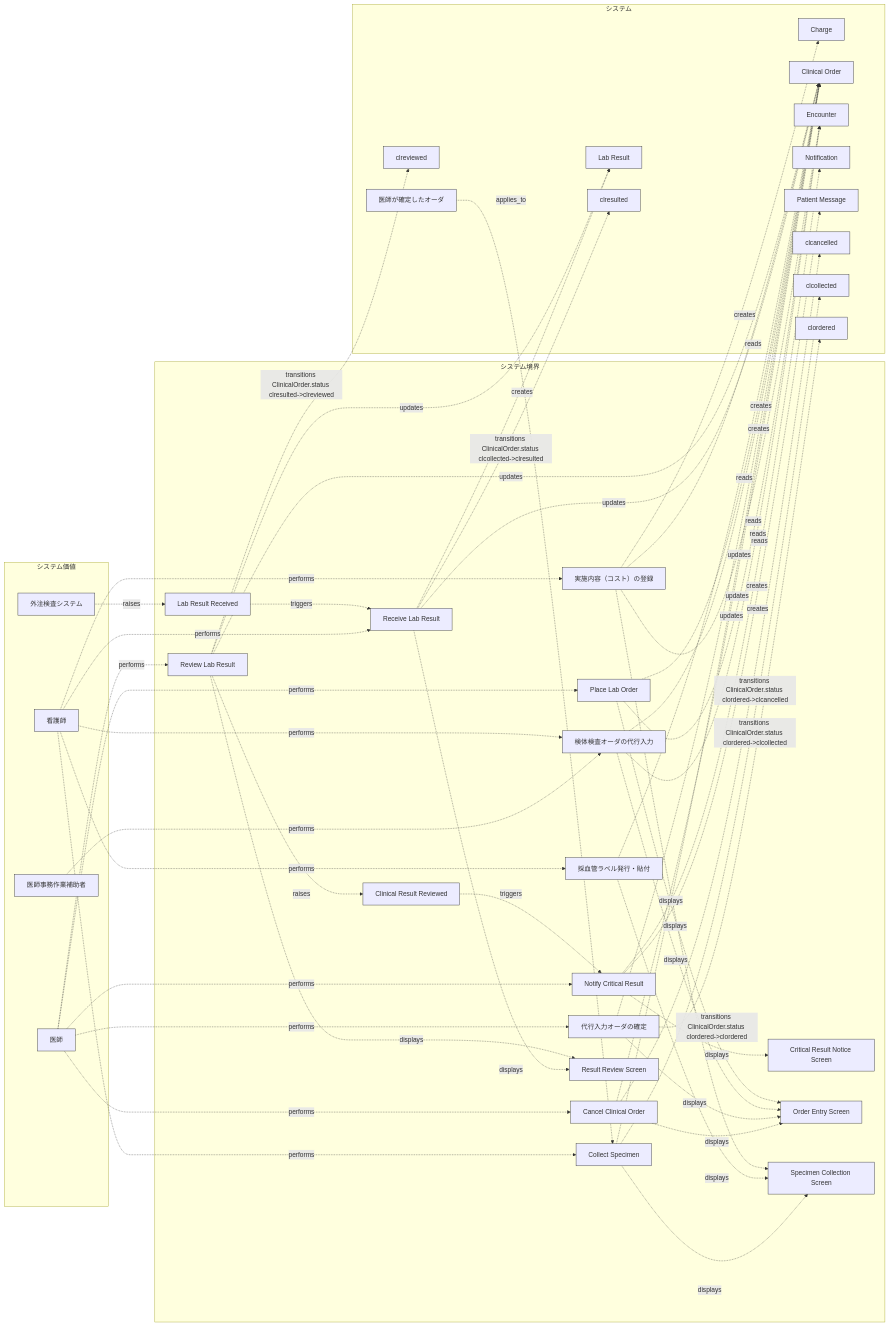
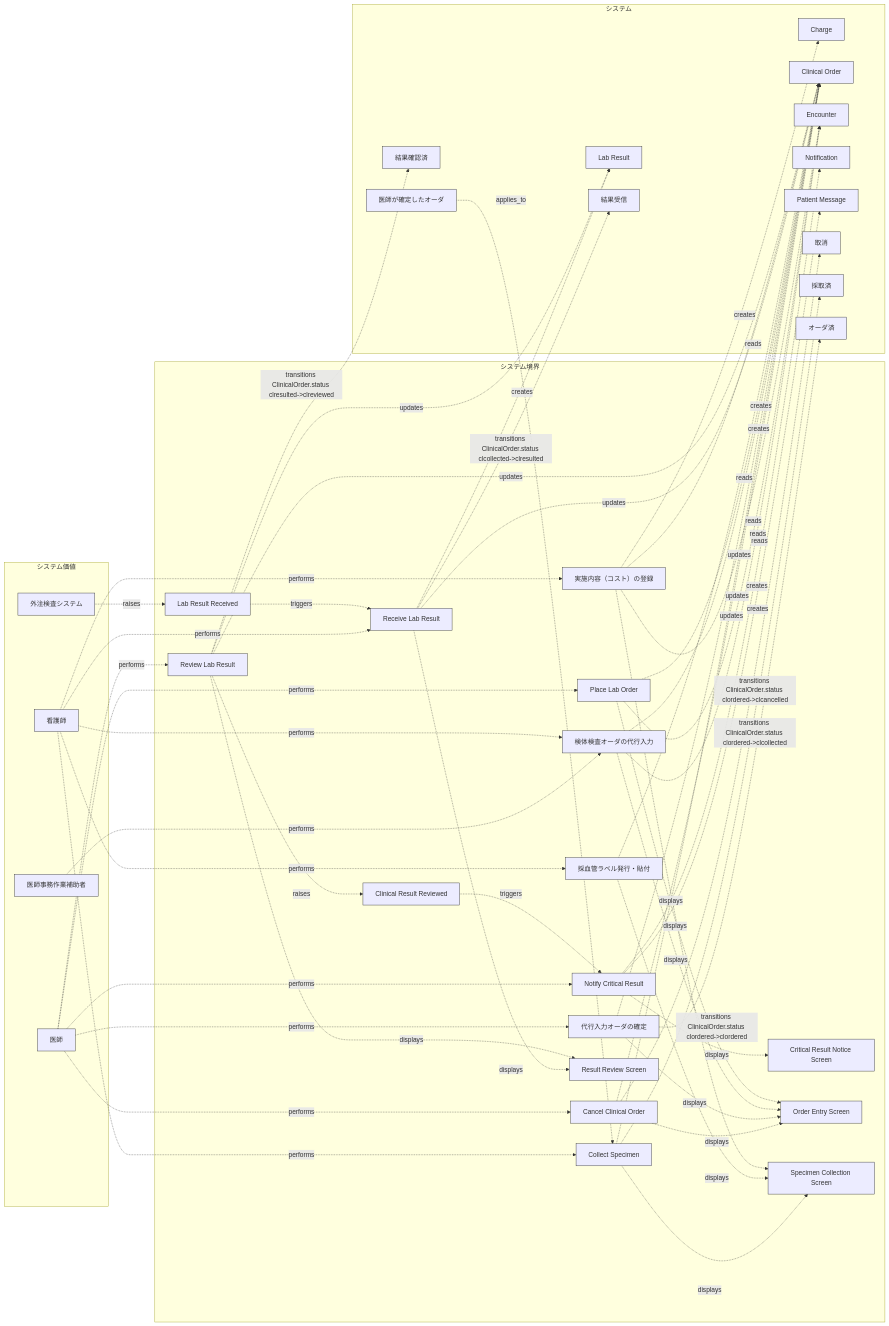
One commit to manji-0/rdra-ish-dsl changed the diagram in samples/clinic-ops/out/buc/usecase_orders_results.mmd. Above: the diagram before and after it, drawn with Mermaid. The commit also changed 30 other files, not shown here.

```diff
--- a/samples/clinic-ops/out/buc/usecase_orders_results.mmd
+++ b/samples/clinic-ops/out/buc/usecase_orders_results.mmd
@@ -1,116 +1,116 @@
 %% rdra-ish diagram=usecase scope=buc:BucOrdersResults model=samples/clinic-ops
 %% layers: value=システム価値 boundary=システム境界 system=システム
 %% kinds: actor extsystem usecase screen event entity state condition
 %% omitted: buc step medium permission api
 flowchart LR
   subgraph layer_value["システム価値"]
     actor__Clinician["医師"]:::actor
     actor__MedicalClerk["医師事務作業補助者"]:::actor
     %% desc actor__MedicalClerk: 医師の指示で電子カルテへ代行入力する。確定は医師が行う。
     actor__Nurse["看護師"]:::actor
     %% desc actor__Nurse: 医師の指示の下で診療の補助を行う。
     extsystem__OutsourcedLabSystem["外注検査システム"]:::extsystem
   end
   subgraph layer_boundary["システム境界"]
     usecase__CancelClinicalOrder["Cancel Clinical Order"]:::usecase
     usecase__CollectSpecimen["Collect Specimen"]:::usecase
     usecase__ConfirmProxyOrder["代行入力オーダの確定"]:::usecase
     usecase__EnterProxyOrder["検体検査オーダの代行入力"]:::usecase
     usecase__NotifyCriticalResult["Notify Critical Result"]:::usecase
     usecase__PlaceLabOrder["Place Lab Order"]:::usecase
     usecase__PrintSpecimenLabel["採血管ラベル発行・貼付"]:::usecase
     usecase__ReceiveLabResult["Receive Lab Result"]:::usecase
     usecase__RegisterPerformedProcedure["実施内容（コスト）の登録"]:::usecase
     usecase__ReviewLabResult["Review Lab Result"]:::usecase
     screen__CriticalNoticeScreen["Critical Result Notice Screen"]:::screen
     screen__OrderEntryScreen["Order Entry Screen"]:::screen
     screen__ResultReviewScreen["Result Review Screen"]:::screen
     screen__SpecimenScreen["Specimen Collection Screen"]:::screen
     event__EvClinicalOrderReviewed["Clinical Result Reviewed"]:::event
     event__EvLabResultReceived["Lab Result Received"]:::event
   end
   subgraph layer_system["システム"]
     entity__Charge["Charge"]:::entity
     entity__ClinicalOrder["Clinical Order"]:::entity
     entity__Encounter["Encounter"]:::entity
     entity__LabResult["Lab Result"]:::entity
     entity__Notification["Notification"]:::entity
     entity__PatientMessage["Patient Message"]:::entity
-    state__ClinicalOrder_clcancelled["clcancelled"]:::state
-    state__ClinicalOrder_clcollected["clcollected"]:::state
-    state__ClinicalOrder_clordered["clordered"]:::state
-    state__ClinicalOrder_clresulted["clresulted"]:::state
-    state__ClinicalOrder_clreviewed["clreviewed"]:::state
+    state__ClinicalOrder_clcancelled["取消"]:::state
+    state__ClinicalOrder_clcollected["採取済"]:::state
+    state__ClinicalOrder_clordered["オーダ済"]:::state
+    state__ClinicalOrder_clresulted["結果受信"]:::state
+    state__ClinicalOrder_clreviewed["結果確認済"]:::state
     condition__OrderConfirmedByPhysician["医師が確定したオーダ"]:::condition
   end
   actor__Clinician -.->|performs| usecase__CancelClinicalOrder
   actor__Clinician -.->|performs| usecase__ConfirmProxyOrder
   actor__Clinician -.->|performs| usecase__NotifyCriticalResult
   actor__Clinician -.->|performs| usecase__PlaceLabOrder
   actor__Clinician -.->|performs| usecase__ReviewLabResult
   actor__MedicalClerk -.->|performs| usecase__EnterProxyOrder
   actor__Nurse -.->|performs| usecase__CollectSpecimen
   actor__Nurse -.->|performs| usecase__EnterProxyOrder
   actor__Nurse -.->|performs| usecase__PrintSpecimenLabel
   actor__Nurse -.->|performs| usecase__ReceiveLabResult
   actor__Nurse -.->|performs| usecase__RegisterPerformedProcedure
   condition__OrderConfirmedByPhysician -.->|applies_to| usecase__CollectSpecimen
   event__EvClinicalOrderReviewed -.->|triggers| usecase__NotifyCriticalResult
   event__EvLabResultReceived -.->|triggers| usecase__ReceiveLabResult
   extsystem__OutsourcedLabSystem -.->|raises| event__EvLabResultReceived
   usecase__CancelClinicalOrder -.->|displays| screen__OrderEntryScreen
   usecase__CancelClinicalOrder -.->|transitions ClinicalOrder.status clordered->clcancelled| state__ClinicalOrder_clcancelled
   usecase__CancelClinicalOrder -.->|updates| entity__ClinicalOrder
   usecase__CollectSpecimen -.->|displays| screen__SpecimenScreen
   usecase__CollectSpecimen -.->|transitions ClinicalOrder.status clordered->clcollected| state__ClinicalOrder_clcollected
   usecase__CollectSpecimen -.->|updates| entity__ClinicalOrder
   %% derived usecase__CollectSpecimen -> entity__ClinicalOrder via api__CollectSpecimenApi
   usecase__ConfirmProxyOrder -.->|displays| screen__OrderEntryScreen
   usecase__ConfirmProxyOrder -.->|transitions ClinicalOrder.status clordered->clordered| state__ClinicalOrder_clordered
   usecase__ConfirmProxyOrder -.->|updates| entity__ClinicalOrder
   %% derived usecase__ConfirmProxyOrder -> entity__ClinicalOrder via api__ConfirmOrderApi
   usecase__EnterProxyOrder -.->|creates| entity__ClinicalOrder
   %% derived usecase__EnterProxyOrder -> entity__ClinicalOrder via api__ProxyOrderApi
   usecase__EnterProxyOrder -.->|displays| screen__OrderEntryScreen
   usecase__EnterProxyOrder -.->|reads| entity__Encounter
   %% derived usecase__EnterProxyOrder -> entity__Encounter via api__ProxyOrderApi
   usecase__NotifyCriticalResult -.->|creates| entity__Notification
   %% derived usecase__NotifyCriticalResult -> entity__Notification via api__CriticalNoticeApi
   usecase__NotifyCriticalResult -.->|creates| entity__PatientMessage
   %% derived usecase__NotifyCriticalResult -> entity__PatientMessage via api__CriticalNoticeApi
   usecase__NotifyCriticalResult -.->|displays| screen__CriticalNoticeScreen
   usecase__PlaceLabOrder -.->|creates| entity__ClinicalOrder
   %% derived usecase__PlaceLabOrder -> entity__ClinicalOrder via api__OrderEntryApi
   usecase__PlaceLabOrder -.->|displays| screen__OrderEntryScreen
   usecase__PlaceLabOrder -.->|reads| entity__Encounter
   %% derived usecase__PlaceLabOrder -> entity__Encounter via api__OrderEntryApi
   usecase__PrintSpecimenLabel -.->|displays| screen__SpecimenScreen
   usecase__PrintSpecimenLabel -.->|reads| entity__ClinicalOrder
   usecase__ReceiveLabResult -.->|creates| entity__LabResult
   %% derived usecase__ReceiveLabResult -> entity__LabResult via api__ReceiveLabResultApi
   usecase__ReceiveLabResult -.->|displays| screen__ResultReviewScreen
   usecase__ReceiveLabResult -.->|transitions ClinicalOrder.status clcollected->clresulted| state__ClinicalOrder_clresulted
   usecase__ReceiveLabResult -.->|updates| entity__ClinicalOrder
   %% derived usecase__ReceiveLabResult -> entity__ClinicalOrder via api__ReceiveLabResultApi
   usecase__RegisterPerformedProcedure -.->|creates| entity__Charge
   %% derived usecase__RegisterPerformedProcedure -> entity__Charge via api__PerformedProcedureApi
   usecase__RegisterPerformedProcedure -.->|displays| screen__SpecimenScreen
   usecase__RegisterPerformedProcedure -.->|reads| entity__ClinicalOrder
   %% derived usecase__RegisterPerformedProcedure -> entity__ClinicalOrder via api__PerformedProcedureApi
   usecase__RegisterPerformedProcedure -.->|reads| entity__Encounter
   %% derived usecase__RegisterPerformedProcedure -> entity__Encounter via api__PerformedProcedureApi
   usecase__ReviewLabResult -.->|displays| screen__ResultReviewScreen
   usecase__ReviewLabResult -.->|raises| event__EvClinicalOrderReviewed
   usecase__ReviewLabResult -.->|transitions ClinicalOrder.status clresulted->clreviewed| state__ClinicalOrder_clreviewed
   usecase__ReviewLabResult -.->|updates| entity__ClinicalOrder
   %% derived usecase__ReviewLabResult -> entity__ClinicalOrder via api__ResultReviewApi
   usecase__ReviewLabResult -.->|updates| entity__LabResult
   %% derived usecase__ReviewLabResult -> entity__LabResult via api__ResultReviewApi
   classDef actor stroke:#333;
   classDef extsystem stroke:#333;
   classDef usecase stroke:#333;
   classDef screen stroke:#333;
   classDef event stroke:#333;
   classDef entity stroke:#333;
   classDef state stroke:#333;
   classDef condition stroke:#333;
```
